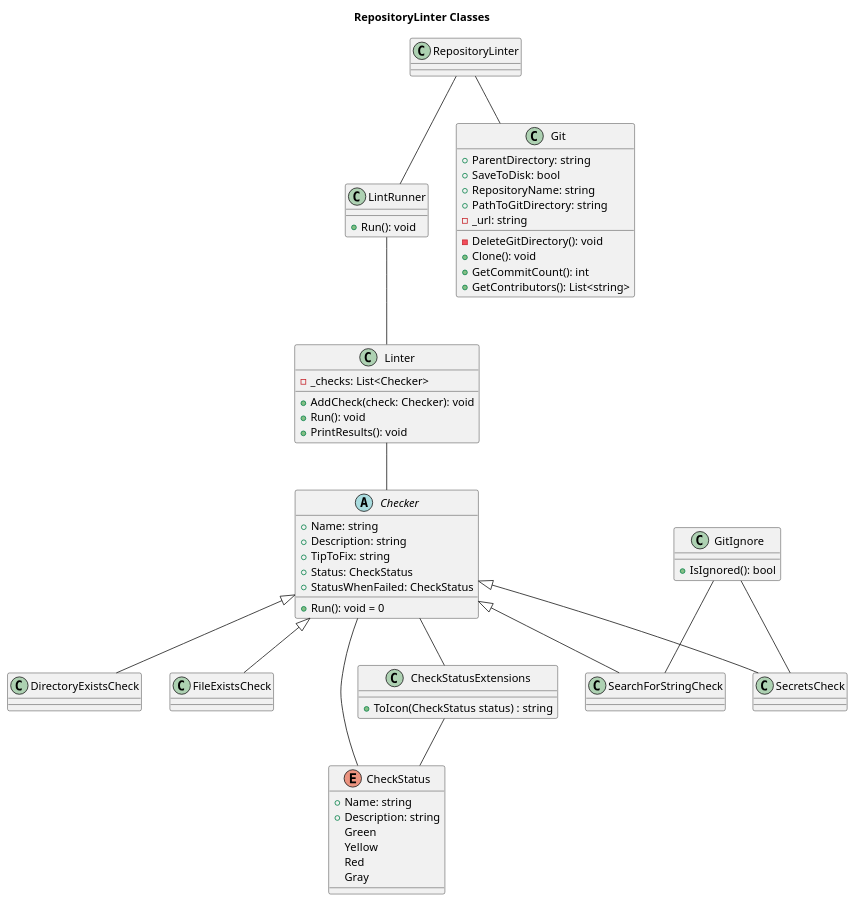
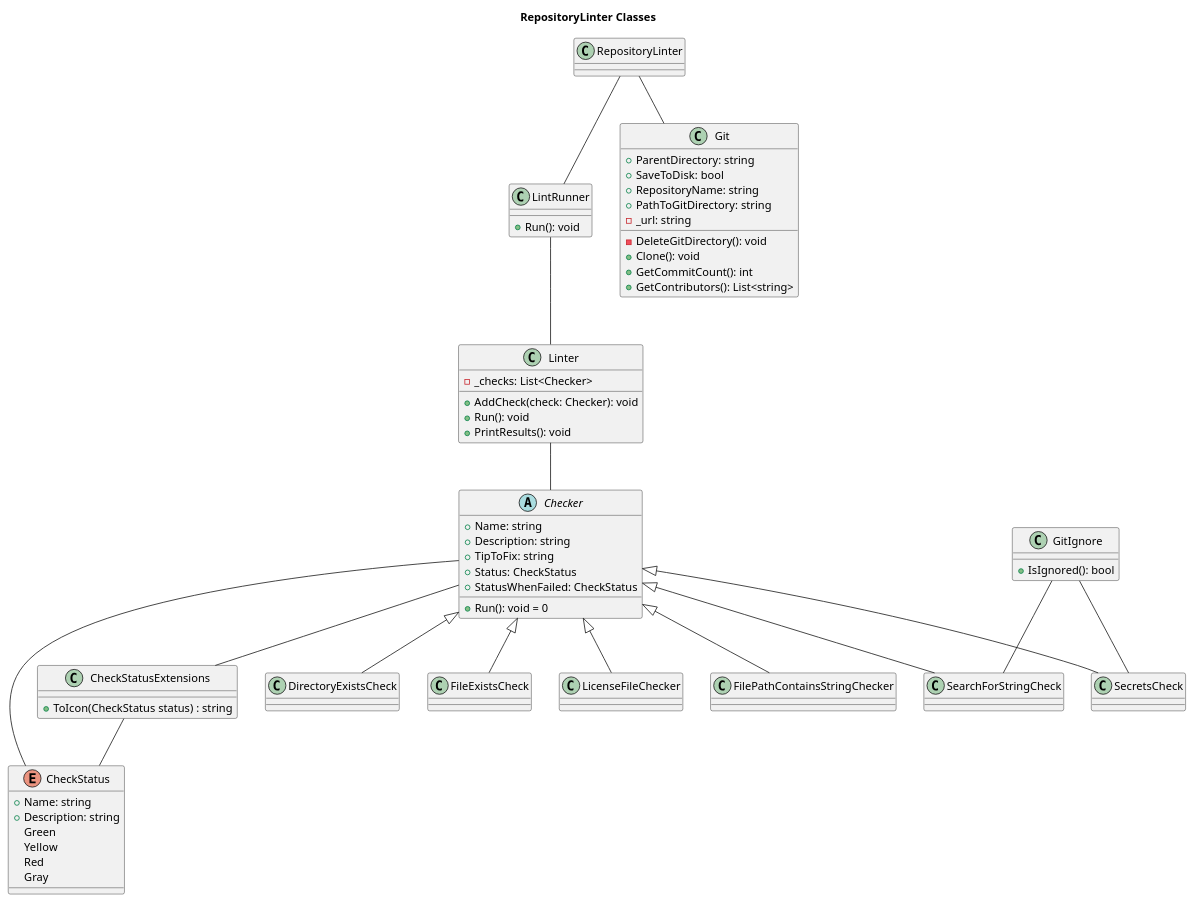
The diagram in RepositoryLinter/Docs/ClassDiagram.puml (EmilZackrisson/RepositoryLinter), drawn with PlantUML before and after one commit. The commit also changed 2 other files, not shown here.

Commit message:
Updated Class Diagram

```diff
--- a/RepositoryLinter/Docs/ClassDiagram.puml
+++ b/RepositoryLinter/Docs/ClassDiagram.puml
@@ -1,73 +1,75 @@
 @startuml Class Diagram
 title RepositoryLinter Classes
 
 class RepositoryLinter
 
 class Linter {
     - _checks: List<Checker>
 
     +AddCheck(check: Checker): void
     +Run(): void
     +PrintResults(): void   
 }
 
 class LintRunner {
     +Run(): void
 }
 
 abstract class Checker {
     + Name: string
     + Description: string
     + TipToFix: string
     + Status: CheckStatus
     + StatusWhenFailed: CheckStatus
     +Run(): void = 0
 }
 
 class CheckStatus {
     + Name: string
     + Description: string
 }
 
 enum CheckStatus {
     Green
     Yellow
     Red
     Gray
 }
 
 class Git {
     + ParentDirectory: string
     + SaveToDisk: bool
     + RepositoryName: string
     + PathToGitDirectory: string
     - _url: string
     
     - DeleteGitDirectory(): void
     + Clone(): void
     + GetCommitCount(): int
     + GetContributors(): List<string>
 }
 
 GitIgnore : +IsIgnored(): bool 
 
 
 RepositoryLinter -- LintRunner
 RepositoryLinter -- Git
 LintRunner -- Linter
 Checker -- CheckStatus
 Linter -- Checker
 Checker <|-- DirectoryExistsCheck
 Checker <|-- FileExistsCheck
 Checker <|-- SearchForStringCheck
 Checker <|-- SecretsCheck
+Checker <|-- LicenseFileChecker
+Checker <|-- FilePathContainsStringChecker
 
 GitIgnore -- SecretsCheck
 GitIgnore -- SearchForStringCheck
 
 CheckStatusExtensions : +ToIcon(CheckStatus status) : string
 CheckStatusExtensions -- CheckStatus
 Checker -- CheckStatusExtensions
 
 
 @enduml
```
